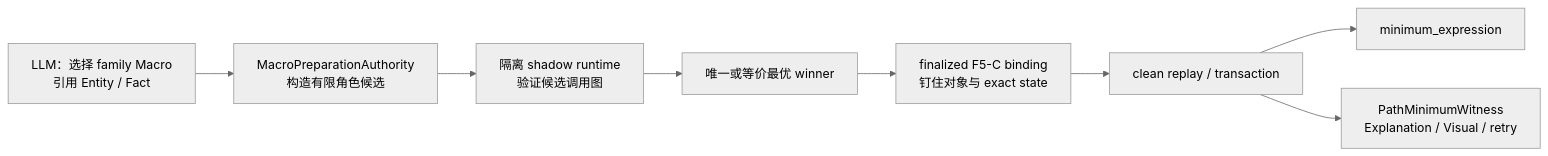
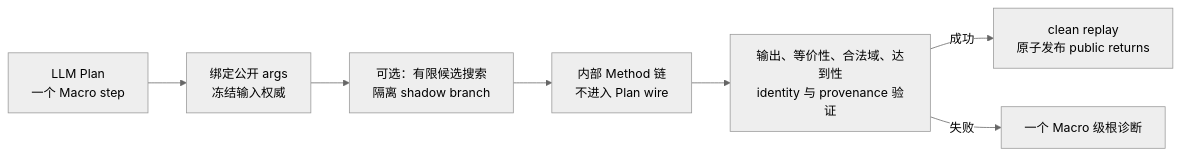
The diagram in docs/path-minimum-macro-redesign.md (rongchenxu100/shuxueshuo), drawn with Mermaid (neutral theme) before and after one commit. The commit also changed other lines of this file and 11 other files, not shown here.

````diff
--- a/docs/path-minimum-macro-redesign.md
+++ b/docs/path-minimum-macro-redesign.md
@@ -23,15 +33,14 @@
 ```mermaid
 flowchart LR
-  L["LLM：选择 family Macro<br/>引用 Entity / Fact"]
-  P["MacroPreparationAuthority<br/>构造有限角色候选"]
-  S["隔离 shadow runtime<br/>验证候选调用图"]
-  W["唯一或等价最优 winner"]
-  B["finalized F5-C binding<br/>钉住对象与 exact state"]
-  R["clean replay / transaction"]
-  O["minimum_expression"]
-  E["PathMinimumWitness<br/>Explanation / Visual / retry"]
+  L["LLM Plan<br/>一个 Macro step"]
+  B["绑定公开 args<br/>冻结输入权威"]
+  S["可选：有限候选搜索<br/>隔离 shadow branch"]
+  E["内部 Method 链<br/>不进入 Plan wire"]
+  V["输出、等价性、合法域、达到性<br/>identity 与 provenance 验证"]
+  P["clean replay<br/>原子发布 public returns"]
+  D["一个 Macro 级根诊断"]
 
-  L --> P --> S --> W --> B --> R
-  R --> O
-  R --> E
+  L --> B --> S --> E --> V
+  V -->|成功| P
+  V -->|失败| D
 ```
````
